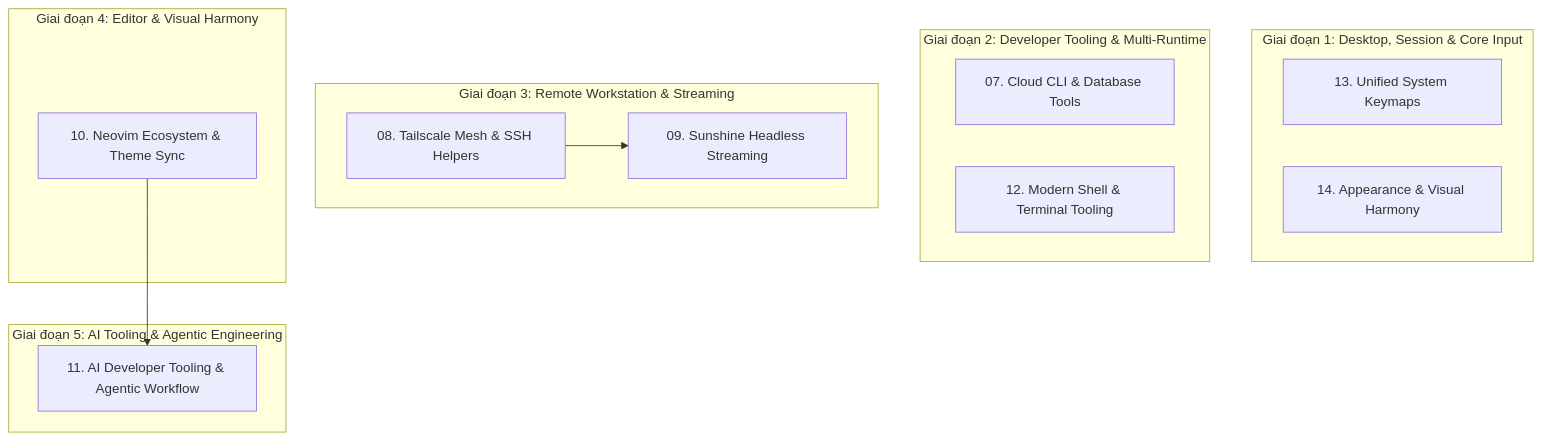
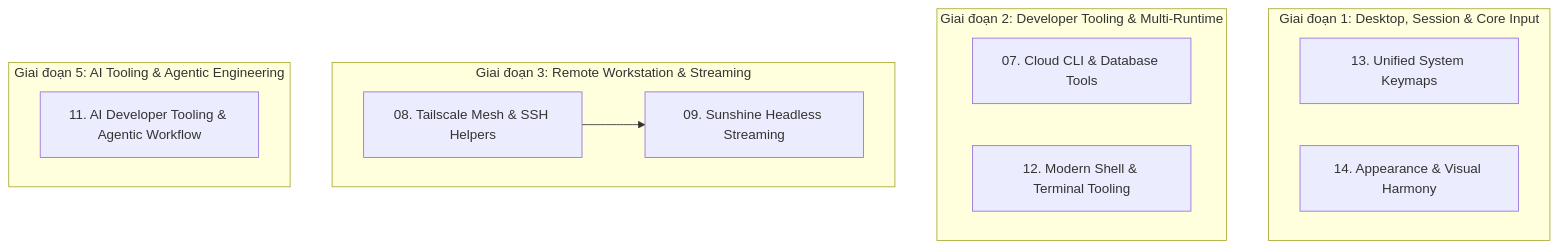
One commit to Aethries/dotfiles changed the diagram in plans/README.md. Above: the diagram before and after it, drawn with Mermaid. The commit also changed other lines of this file and 1 other file, not shown here.

Commit message:
chore: remove completed plan 10 and update action plan catalog

````diff
--- a/plans/README.md
+++ b/plans/README.md
@@ -9,25 +9,21 @@
 ```mermaid
 flowchart TD
     subgraph G1["Giai đoạn 1: Desktop, Session & Core Input"]
         P13["13. Unified System Keymaps"]
         P14["14. Appearance & Visual Harmony"]
     end
 
     subgraph G2["Giai đoạn 2: Developer Tooling & Multi-Runtime"]
         P07["07. Cloud CLI & Database Tools"]
         P12["12. Modern Shell & Terminal Tooling"]
     end
 
     subgraph G3["Giai đoạn 3: Remote Workstation & Streaming"]
         P08["08. Tailscale Mesh & SSH Helpers"]
         P08 --> P09["09. Sunshine Headless Streaming"]
     end
 
-    subgraph G4["Giai đoạn 4: Editor & Visual Harmony"]
-        P10["10. Neovim Ecosystem & Theme Sync"]
-    end
-
     subgraph G5["Giai đoạn 5: AI Tooling & Agentic Engineering"]
-        P10 --> P11["11. AI Developer Tooling & Agentic Workflow"]
+        P11["11. AI Developer Tooling & Agentic Workflow"]
     end
 ```
````
